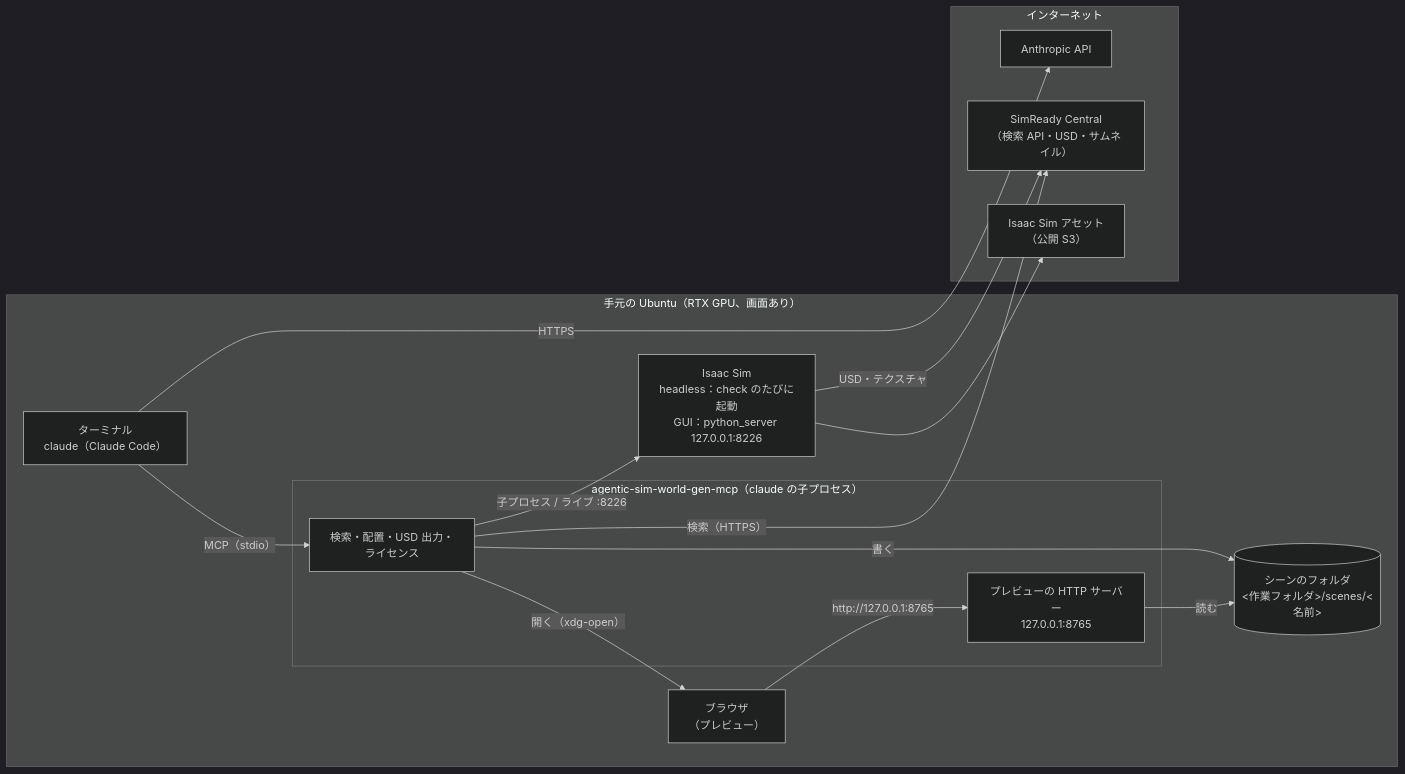
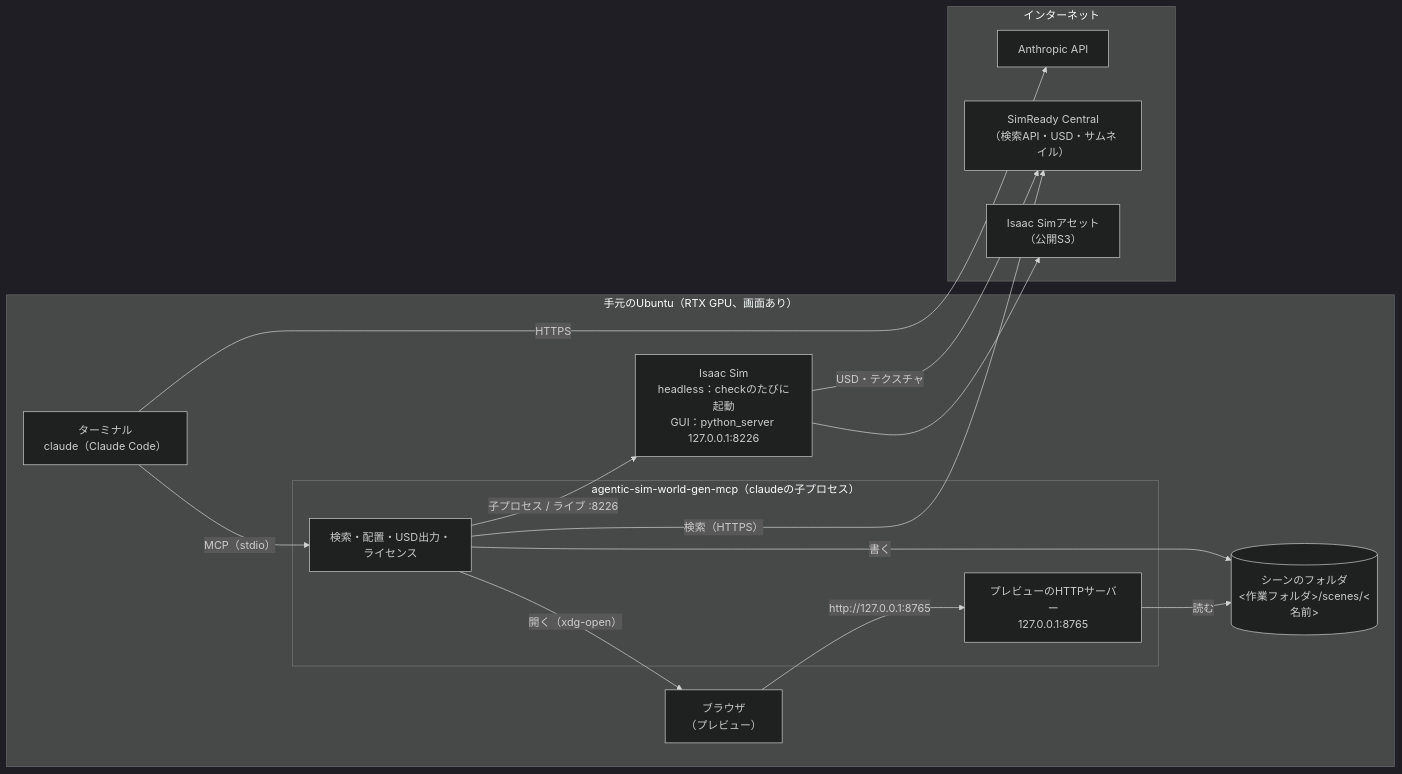
Before and after one commit to atinfinity/agentic-sim-world-gen: the diagram in docs/use-local.md, drawn with Mermaid (dark theme). The commit also changed 4 other files, not shown here.

Commit message:
Japanese docs: drop half-width spaces between Japanese and ASCII in the mermaid diagrams too

````diff
--- a/docs/use-local.md
+++ b/docs/use-local.md
@@ -8,28 +8,28 @@
 ```mermaid
 flowchart LR
-  subgraph pc["手元の Ubuntu（RTX GPU、画面あり）"]
+  subgraph pc["手元のUbuntu（RTX GPU、画面あり）"]
     term["ターミナル<br/>claude（Claude Code）"]
-    subgraph mcp["agentic-sim-world-gen-mcp（claude の子プロセス）"]
-      svc["検索・配置・USD 出力・<br/>ライセンス"]
-      preview["プレビューの HTTP サーバー<br/>127.0.0.1:8765"]
+    subgraph mcp["agentic-sim-world-gen-mcp（claudeの子プロセス）"]
+      svc["検索・配置・USD出力・<br/>ライセンス"]
+      preview["プレビューのHTTPサーバー<br/>127.0.0.1:8765"]
     end
     browser["ブラウザ<br/>（プレビュー）"]
-    isaac["Isaac Sim<br/>headless：check のたびに起動<br/>GUI：python_server 127.0.0.1:8226"]
+    isaac["Isaac Sim<br/>headless：checkのたびに起動<br/>GUI：python_server 127.0.0.1:8226"]
     files[("シーンのフォルダ<br/>&lt;作業フォルダ&gt;/scenes/&lt;名前&gt;")]
   end
   subgraph net["インターネット"]
     anthropic["Anthropic API"]
-    hf["SimReady Central<br/>（検索 API・USD・サムネイル）"]
-    s3["Isaac Sim アセット<br/>（公開 S3）"]
+    hf["SimReady Central<br/>（検索API・USD・サムネイル）"]
+    s3["Isaac Simアセット<br/>（公開S3）"]
   end
   term -- "MCP（stdio）" --> svc
   term -- "HTTPS" --> anthropic
   svc -- "開く（xdg-open）" --> browser
   browser -- "http://127.0.0.1:8765" --> preview
   svc -- "検索（HTTPS）" --> hf
   svc -- "子プロセス / ライブ :8226" --> isaac
   isaac -- "USD・テクスチャ" --> hf
   isaac --> s3
   svc -- "書く" --> files
   preview -- "読む" --> files
 ```
````
